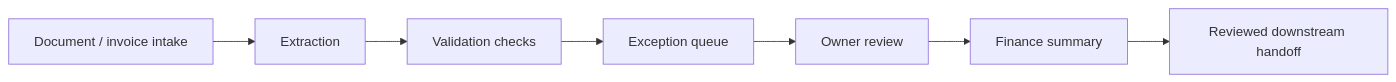
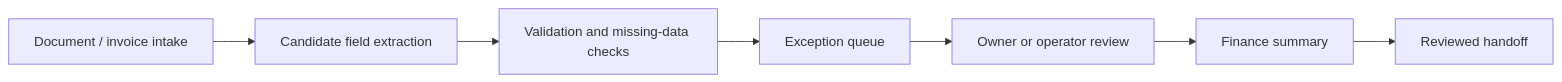
Before and after one commit to Aureus-Automation-Lab/Aureus-Automation-Lab: the diagram in public-proof/finecon/invoice-review-flow.md, drawn with Mermaid. The commit also changed other lines of this file, not shown here.

Commit message:
Expand FinEcon invoice review flow

````diff
--- a/public-proof/finecon/invoice-review-flow.md
+++ b/public-proof/finecon/invoice-review-flow.md
@@ -5,9 +5,9 @@
 ```mermaid
 flowchart LR
-    A[Document / invoice intake] --> B[Extraction]
-    B --> C[Validation checks]
+    A[Document / invoice intake] --> B[Candidate field extraction]
+    B --> C[Validation and missing-data checks]
     C --> D[Exception queue]
-    D --> E[Owner review]
+    D --> E[Owner or operator review]
     E --> F[Finance summary]
-    F --> G[Reviewed downstream handoff]
+    F --> G[Reviewed handoff]
 ```
````
